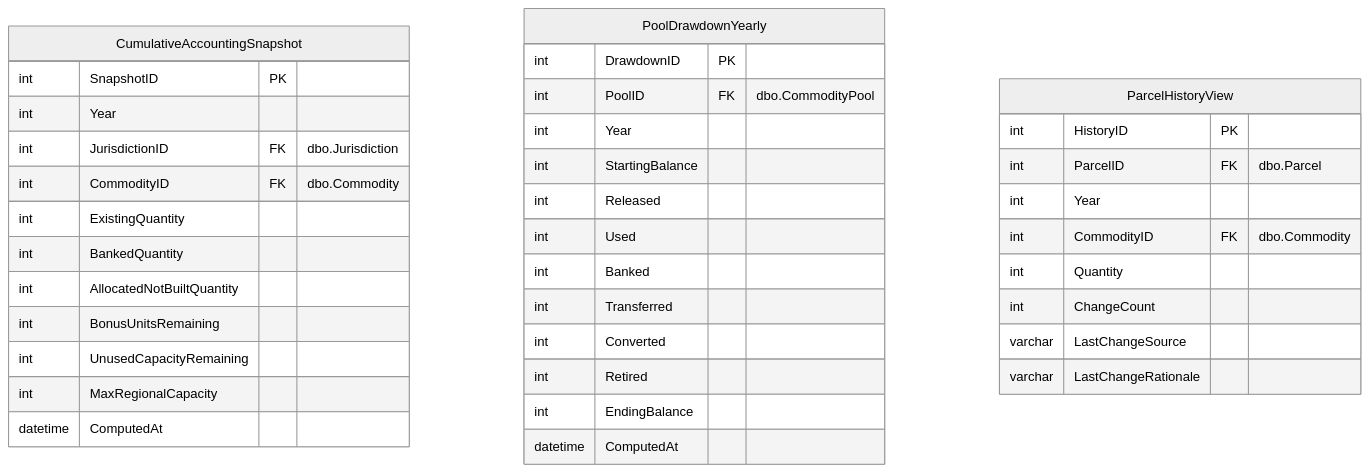
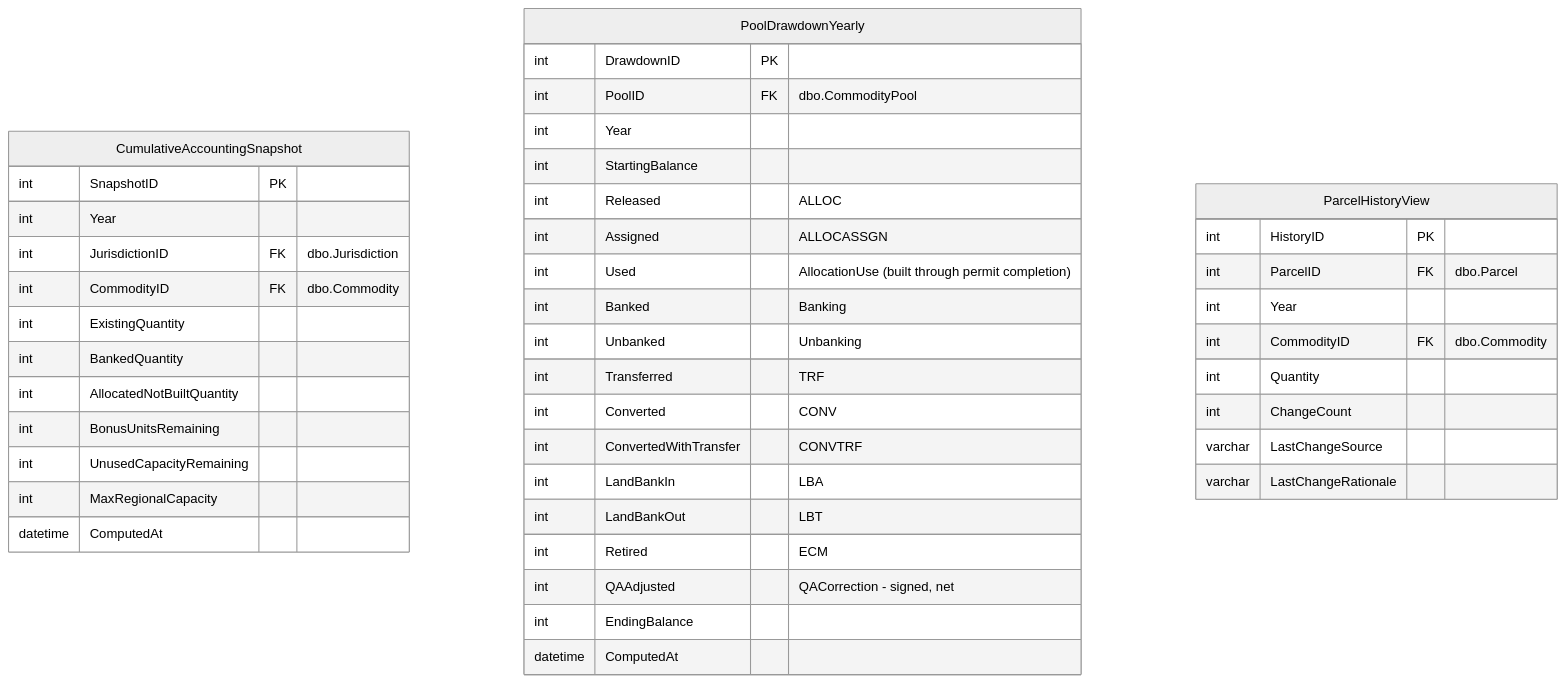
The fourth of 4 diagrams in erd/target_schema.md (trpa-agency/Reporting), drawn with Mermaid (neutral theme) before and after one commit. The commit also changed other lines of this file and 3 other files, not shown here.

First line of the commit message:
erd: address independent-review critical + substantive issues

````diff
--- a/erd/target_schema.md
+++ b/erd/target_schema.md
@@ -407,40 +535,46 @@
 ```mermaid
 erDiagram
     CumulativeAccountingSnapshot {
         int SnapshotID PK
         int Year
         int JurisdictionID FK "dbo.Jurisdiction"
         int CommodityID FK "dbo.Commodity"
         int ExistingQuantity
         int BankedQuantity
         int AllocatedNotBuiltQuantity
         int BonusUnitsRemaining
         int UnusedCapacityRemaining
         int MaxRegionalCapacity
         datetime ComputedAt
     }
     PoolDrawdownYearly {
         int DrawdownID PK
         int PoolID FK "dbo.CommodityPool"
         int Year
         int StartingBalance
-        int Released
-        int Used
-        int Banked
-        int Transferred
-        int Converted
-        int Retired
+        int Released "ALLOC"
+        int Assigned "ALLOCASSGN"
+        int Used "AllocationUse (built through permit completion)"
+        int Banked "Banking"
+        int Unbanked "Unbanking"
+        int Transferred "TRF"
+        int Converted "CONV"
+        int ConvertedWithTransfer "CONVTRF"
+        int LandBankIn "LBA"
+        int LandBankOut "LBT"
+        int Retired "ECM"
+        int QAAdjusted "QACorrection - signed, net"
         int EndingBalance
         datetime ComputedAt
     }
     ParcelHistoryView {
         int HistoryID PK
         int ParcelID FK "dbo.Parcel"
         int Year
         int CommodityID FK "dbo.Commodity"
         int Quantity
         int ChangeCount
         varchar LastChangeSource
         varchar LastChangeRationale
     }
 ```
````
